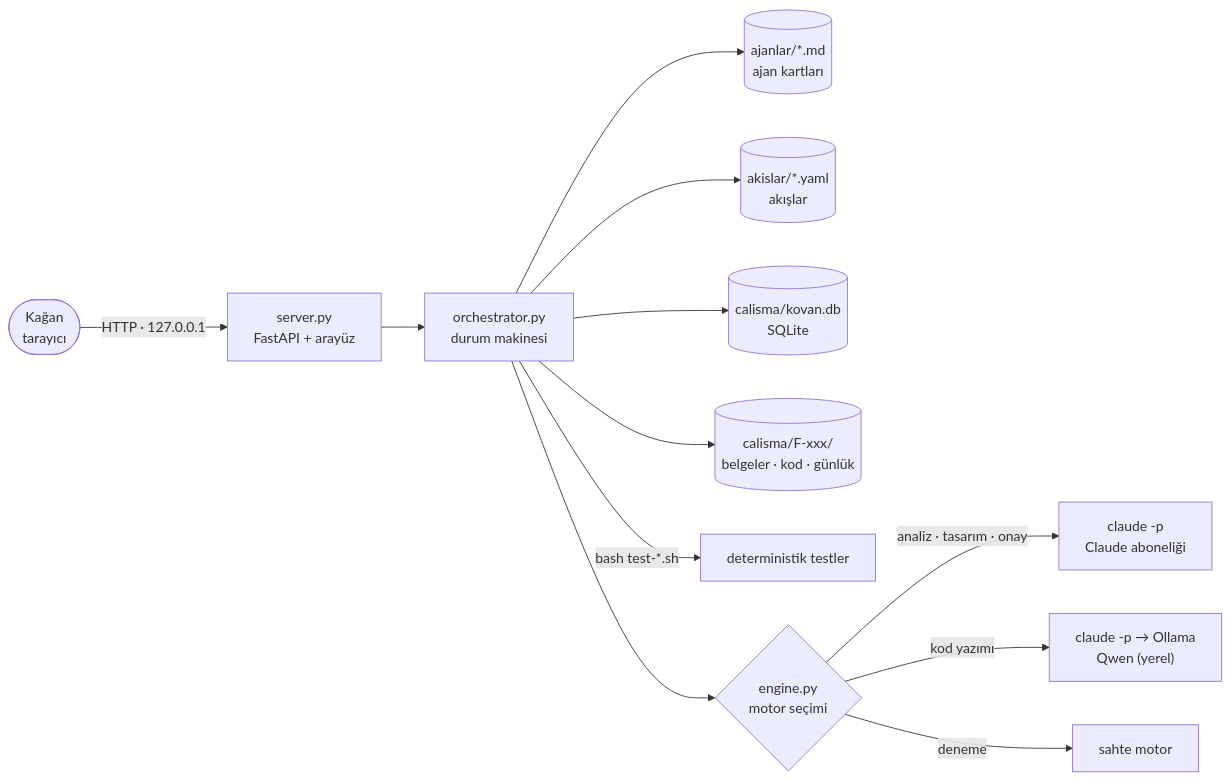
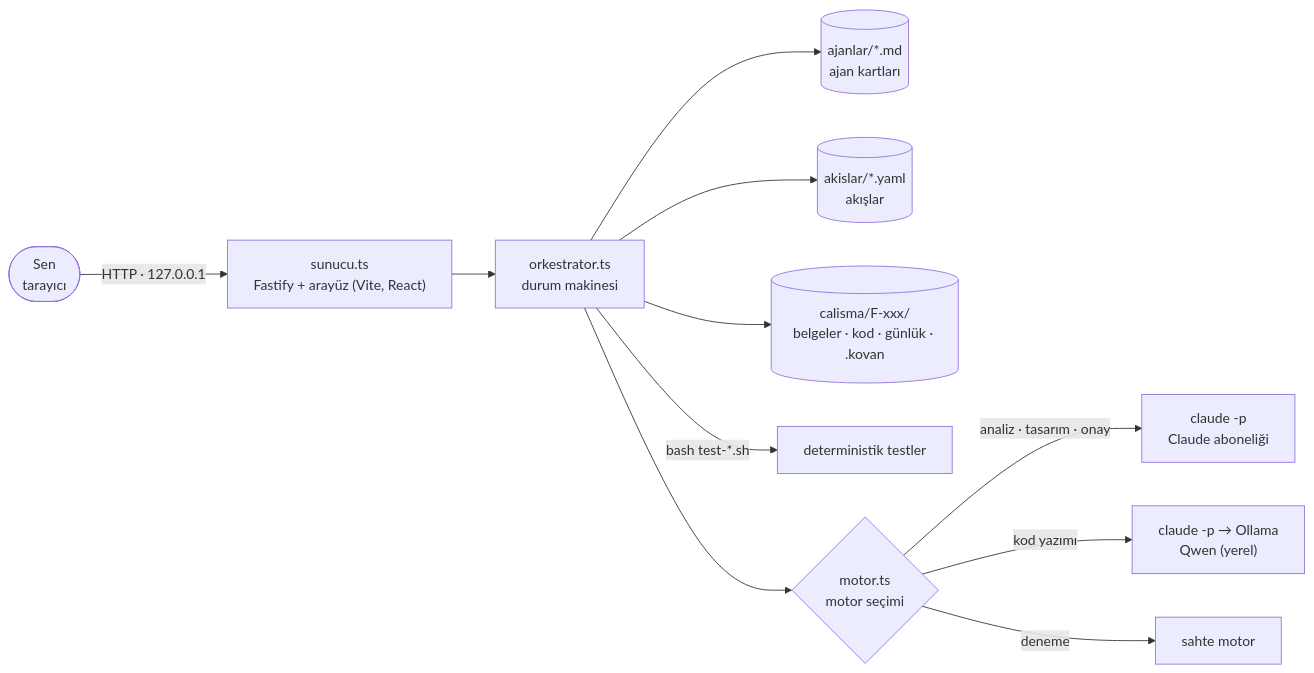
Before and after one commit to kagantantan/kovan: the first of 6 diagrams in README.md, drawn with Mermaid. The commit also changed other lines of this file and 74 other files, not shown here.

First line of the commit message:
Kovan v0.3: Node.js + TypeScript, Vite + React arayüz, insan döngüde

````diff
--- a/README.md
+++ b/README.md
@@ -57,14 +62,13 @@
 ```mermaid
 flowchart LR
-    K(["Kağan<br/>tarayıcı"]) -->|"HTTP · 127.0.0.1"| S["server.py<br/>FastAPI + arayüz"]
-    S --> O["orchestrator.py<br/>durum makinesi"]
+    K(["Sen<br/>tarayıcı"]) -->|"HTTP · 127.0.0.1"| S["sunucu.ts<br/>Fastify + arayüz (Vite, React)"]
+    S --> O["orkestrator.ts<br/>durum makinesi"]
     O --> KA[("ajanlar/*.md<br/>ajan kartları")]
     O --> AK[("akislar/*.yaml<br/>akışlar")]
-    O --> DB[("calisma/kovan.db<br/>SQLite")]
-    O --> FS[("calisma/F-xxx/<br/>belgeler · kod · günlük")]
+    O --> FS[("calisma/F-xxx/<br/>belgeler · kod · günlük · .kovan")]
     O -->|"bash test-*.sh"| T["deterministik testler"]
-    O --> M{"engine.py<br/>motor seçimi"}
+    O --> M{"motor.ts<br/>motor seçimi"}
     M -->|"analiz · tasarım · onay"| C["claude -p<br/>Claude aboneliği"]
     M -->|"kod yazımı"| Q["claude -p → Ollama<br/>Qwen (yerel)"]
     M -->|"deneme"| D["sahte motor"]
 ```
````
